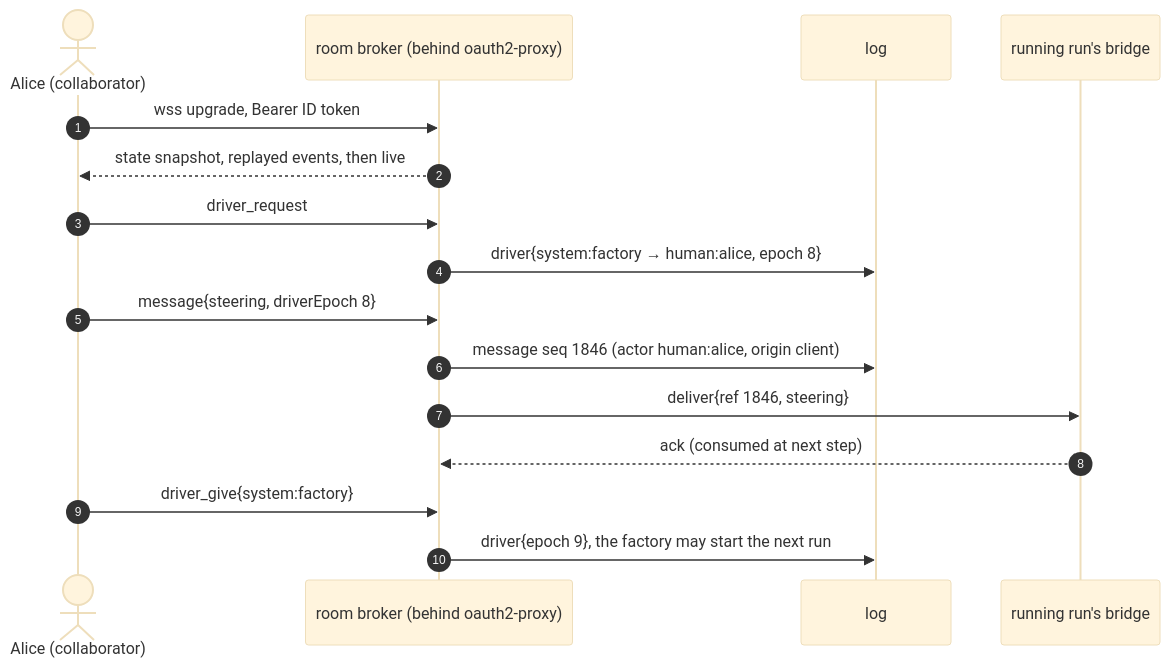
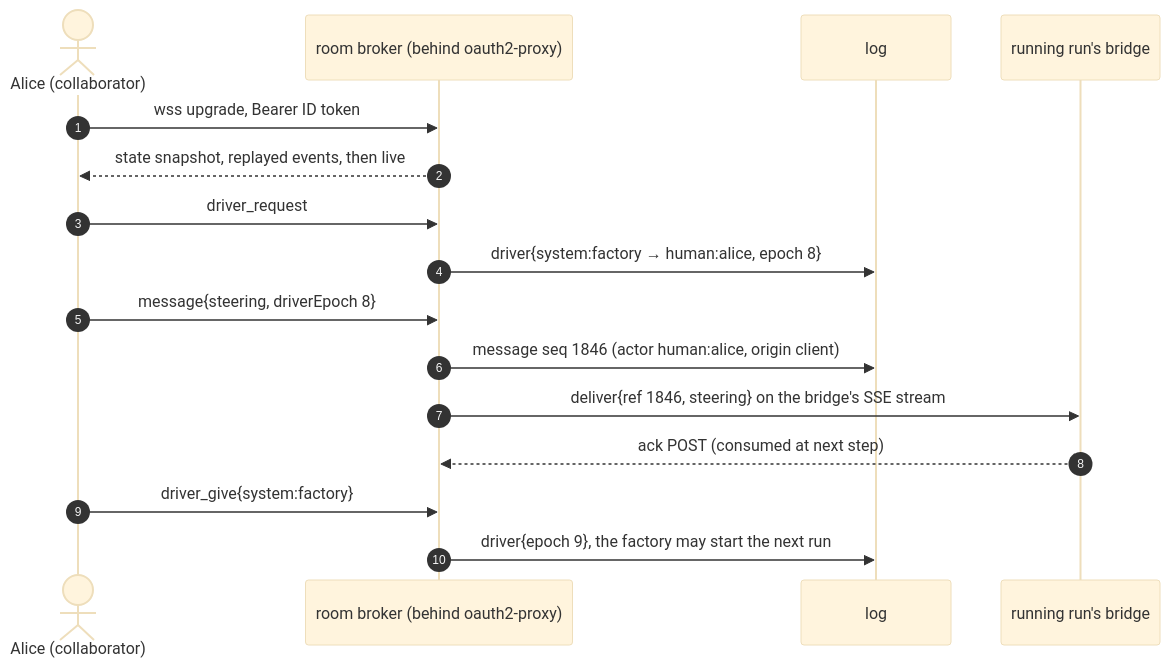
Before and after one commit to Smana/cloud-native-ref: the fourth of 6 diagrams in docs/superpowers/specs/2026-09-23-agent-collaboration-rooms-design.md, drawn with Mermaid (base theme). The commit also changed other lines of this file and 6 other files, not shown here.

````diff
--- a/docs/superpowers/specs/2026-09-23-agent-collaboration-rooms-design.md
+++ b/docs/superpowers/specs/2026-09-23-agent-collaboration-rooms-design.md
@@ -239,18 +240,18 @@
 ```mermaid
 sequenceDiagram
   autonumber
   actor A as Alice (collaborator)
   participant BR as room broker (behind oauth2-proxy)
   participant PG as log
   participant B as running run's bridge
   A->>BR: wss upgrade, Bearer ID token
   BR-->>A: state snapshot, replayed events, then live
   A->>BR: driver_request
   BR->>PG: driver{system:factory → human:alice, epoch 8}
   A->>BR: message{steering, driverEpoch 8}
   BR->>PG: message seq 1846 (actor human:alice, origin client)
-  BR->>B: deliver{ref 1846, steering}
-  B-->>BR: ack (consumed at next step)
+  BR->>B: deliver{ref 1846, steering} on the bridge's SSE stream
+  B-->>BR: ack POST (consumed at next step)
   A->>BR: driver_give{system:factory}
   BR->>PG: driver{epoch 9}, the factory may start the next run
 ```
````
